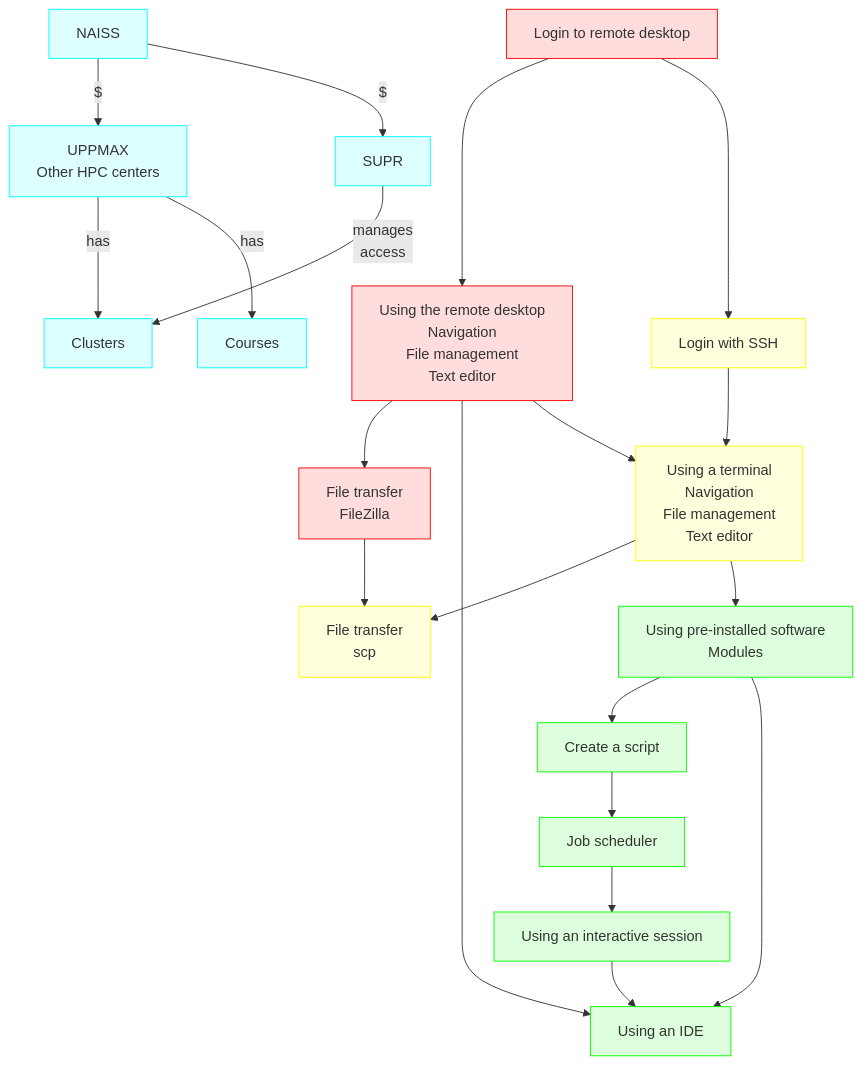
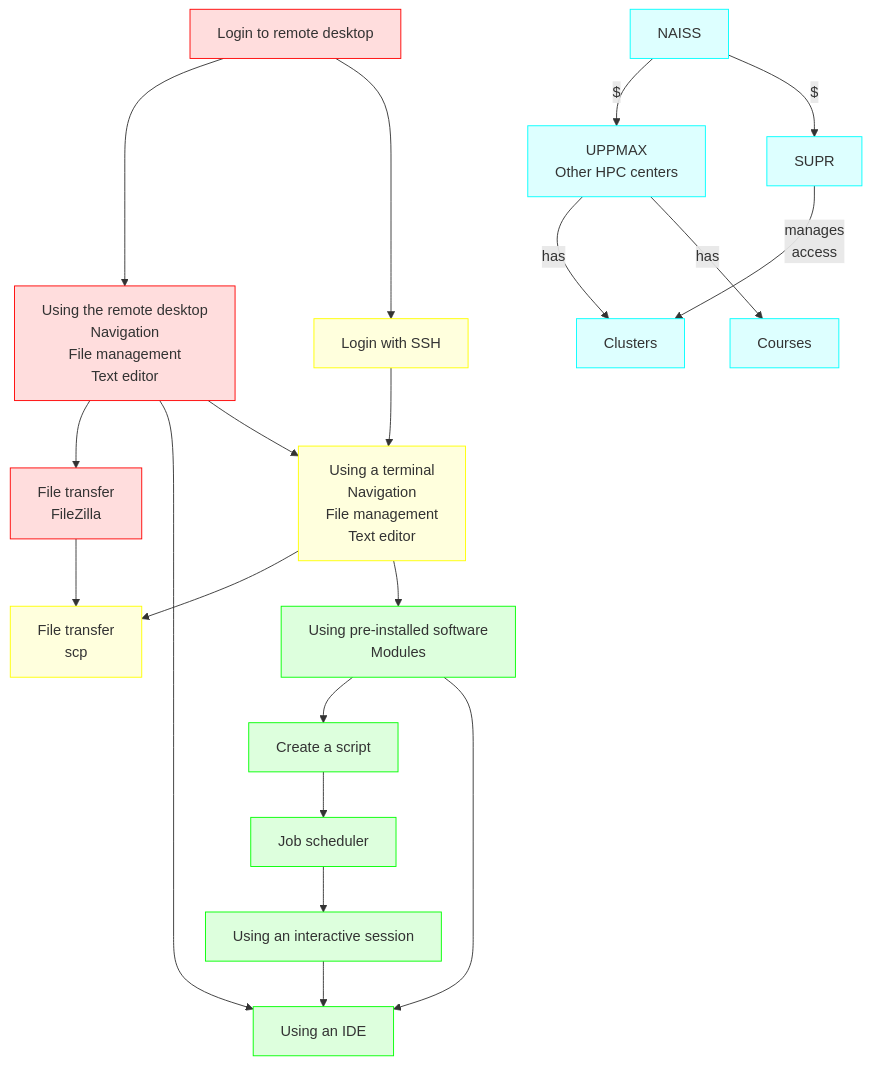
Before and after one commit to UPPMAX/uppmax_intro_day_1: the first of 3 diagrams in docs/overviews/uppmax_intro_day_1.md, drawn with Mermaid.

Commit message:
Better order

````diff
--- a/docs/overviews/uppmax_intro_day_1.md
+++ b/docs/overviews/uppmax_intro_day_1.md
@@ -6,62 +6,63 @@
 ```mermaid
 flowchart TD
 
   classDef basic_gui fill:#fdd, stroke:#f00
   classDef basic_terminal fill:#ffd, stroke:#ff0
   classDef real_work fill:#dfd, stroke:#0f0
   classDef bigger_picture fill:#dff, stroke:#0ff
 
-  %% subgraph world[The bigger picture]
-    naiss[NAISS]:::bigger_picture
-    supr[SUPR]:::bigger_picture
-    uppmax[UPPMAX\nOther HPC centers]:::bigger_picture
-    clusters[Clusters]:::bigger_picture
-    courses[Courses]:::bigger_picture
-  %% end
   %% subgraph remote_desktop[Remote desktop environment]
     login_remote_desktop[Login to remote desktop]:::basic_gui
     use_remote_desktop[Using the remote desktop\nNavigation\nFile management\nText editor]:::basic_gui
     file_transfer_filezilla[File transfer\nFileZilla]:::basic_gui
     use_ide[Using an IDE]:::real_work
   %% end
   %% subgraph console[Console environment]
     login_ssh[Login with SSH]:::basic_terminal
     use_terminal[Using a terminal\nNavigation\nFile management\nText editor]:::basic_terminal
     file_transfer_scp[File transfer\nscp]:::basic_terminal
     scripts[Create a script]:::real_work
     modules[Using pre-installed software\nModules]:::real_work
     interactive[Using an interactive session]:::real_work
     job_scheduler[Job scheduler]:::real_work
+  %% end
+
+  %% subgraph world[The bigger picture]
+    naiss[NAISS]:::bigger_picture
+    supr[SUPR]:::bigger_picture
+    uppmax[UPPMAX\nOther HPC centers]:::bigger_picture
+    clusters[Clusters]:::bigger_picture
+    courses[Courses]:::bigger_picture
   %% end
 
   %% Bigger picture
   supr --> |manages\naccess| clusters
   naiss --> |$| uppmax
   naiss --> |$| supr
   uppmax --> |has| clusters
   uppmax --> |has| courses
 
 
   %% GUI
   login_remote_desktop ---> use_remote_desktop
   use_remote_desktop --> file_transfer_filezilla
   use_remote_desktop --> use_ide
 
   %% Console
   login_ssh --> use_terminal
   use_terminal --> file_transfer_scp
   use_terminal --> modules
   scripts --> job_scheduler
   modules --> scripts
   job_scheduler --> interactive
 
   %% console -> GUI
   modules --> use_ide
   
 
   %% GUI -> console
   login_remote_desktop --> login_ssh
   use_remote_desktop --> use_terminal
   file_transfer_filezilla --> file_transfer_scp  
   interactive --> use_ide
 ```
````
